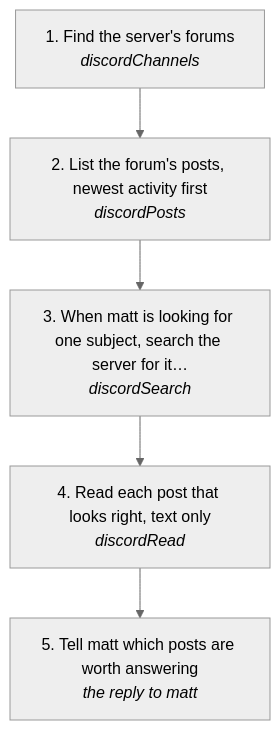
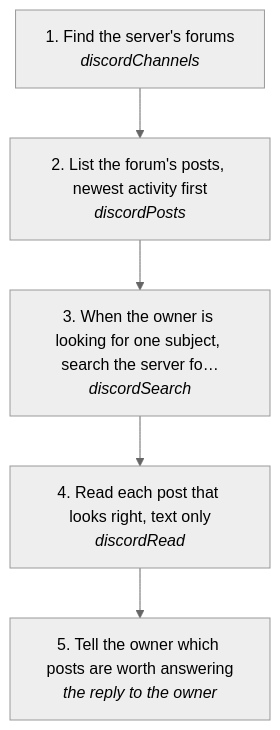
Before and after one commit to matthewdonsemail-lab/log: the diagram in docs/useCases/discord/forumPosts.md, drawn with Mermaid (neutral theme). The commit also changed other lines of this file and 267 other files, not shown here.

````diff
--- a/docs/useCases/discord/forumPosts.md
+++ b/docs/useCases/discord/forumPosts.md
@@ -14,12 +14,12 @@
 ```mermaid
 flowchart TD
   s0["1. Find the server's forums<br/><i>discordChannels</i>"]
   s1["2. List the forum's posts, newest activity first<br/><i>discordPosts</i>"]
-  s2["3. When matt is looking for one subject, search the server for it…<br/><i>discordSearch</i>"]
+  s2["3. When the owner is looking for one subject, search the server fo…<br/><i>discordSearch</i>"]
   s3["4. Read each post that looks right, text only<br/><i>discordRead</i>"]
-  s4["5. Tell matt which posts are worth answering<br/><i>the reply to matt</i>"]
+  s4["5. Tell the owner which posts are worth answering<br/><i>the reply to the owner</i>"]
   s0 --> s1
   s1 --> s2
   s2 --> s3
   s3 --> s4
 ```
````
